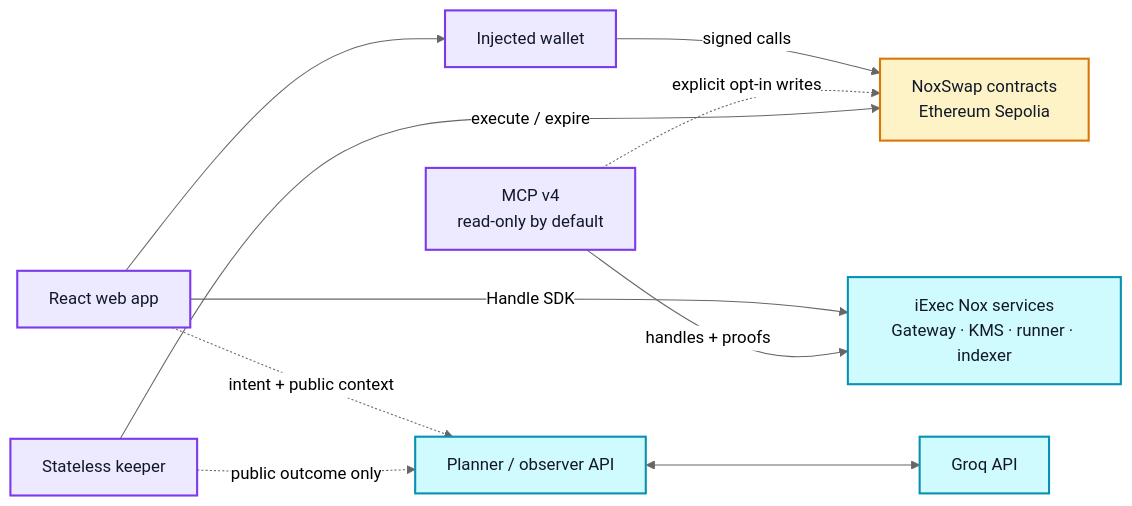
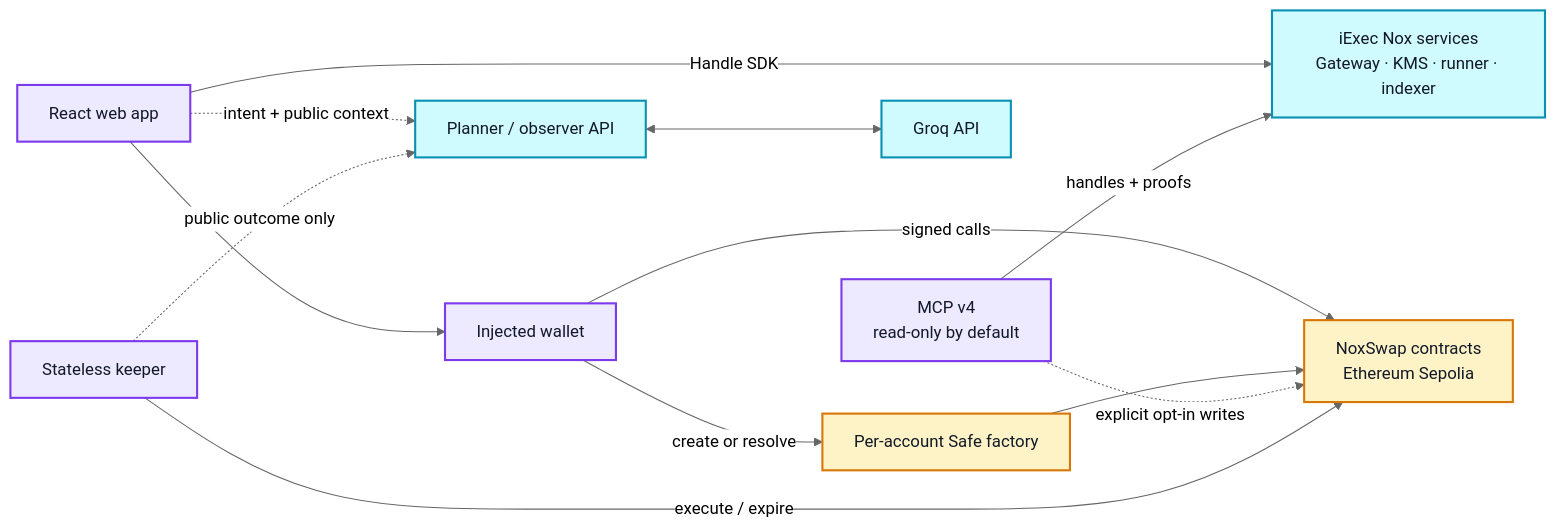
The first of 2 diagrams in README.md (minhleeee123/iExec-WTF-Hackathon-Summer-Edition), drawn with Mermaid (neutral theme) before and after one commit. The commit also changed other lines of this file and 3 other files, not shown here.

Commit message:
docs: record per-account Safe architecture

````diff
--- a/README.md
+++ b/README.md
@@ -98,21 +101,23 @@
 ```mermaid
 flowchart LR
     Web["React web app"] --> Wallet["Injected wallet"]
     Web -->|Handle SDK| Nox["iExec Nox services<br/>Gateway · KMS · runner · indexer"]
     MCP["MCP v4<br/>read-only by default"] -->|handles + proofs| Nox
     Web -.->|intent + public context| Agent["Planner / observer API"]
     Agent <--> Groq["Groq API"]
 
     Wallet -->|signed calls| Chain["NoxSwap contracts<br/>Ethereum Sepolia"]
+    Wallet -->|create or resolve| SafeFactory["Per-account Safe factory"]
+    SafeFactory --> Chain
     MCP -.->|explicit opt-in writes| Chain
     Keeper["Stateless keeper"] -->|execute / expire| Chain
     Keeper -.->|public outcome only| Agent
 
     classDef client fill:#ede9fe,stroke:#7c3aed,color:#111827,stroke-width:2px;
     classDef service fill:#cffafe,stroke:#0891b2,color:#111827,stroke-width:2px;
     classDef chain fill:#fef3c7,stroke:#d97706,color:#111827,stroke-width:2px;
 
     class Web,Wallet,MCP,Keeper client;
     class Nox,Agent,Groq service;
-    class Chain chain;
+    class Chain,SafeFactory chain;
 ```
````
